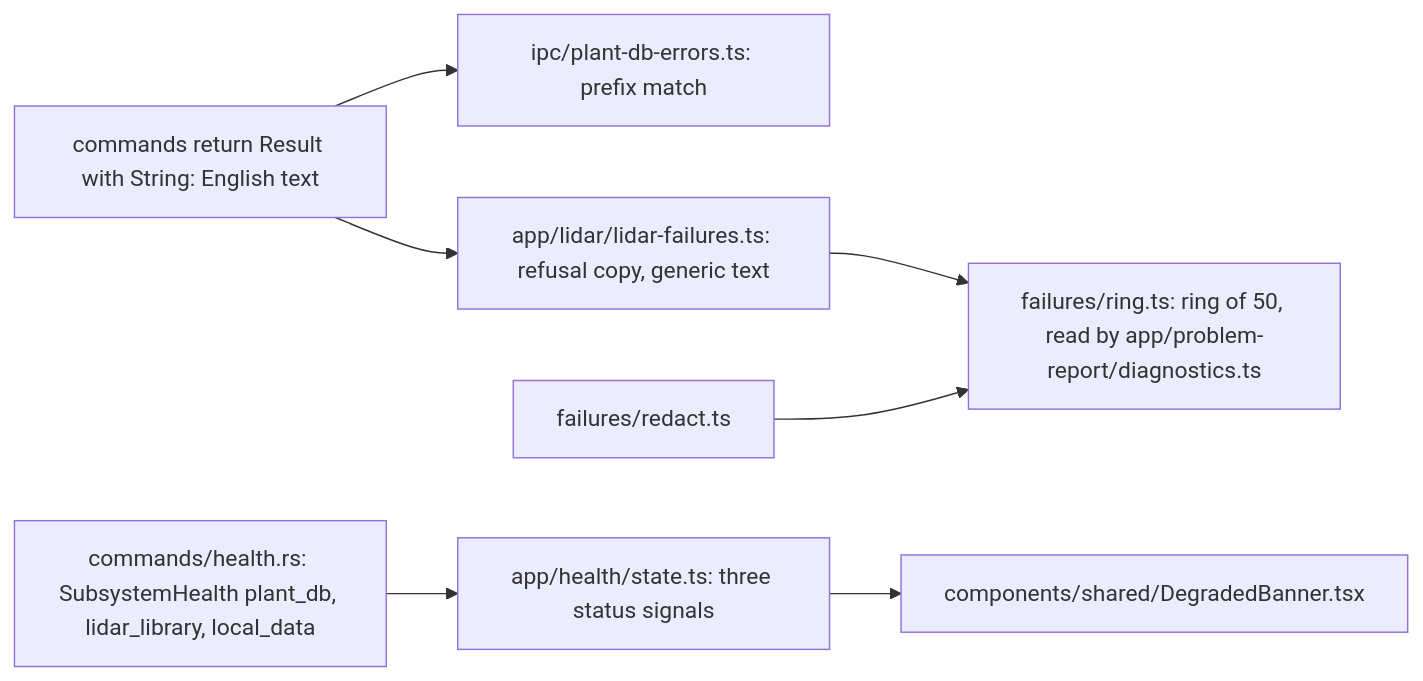
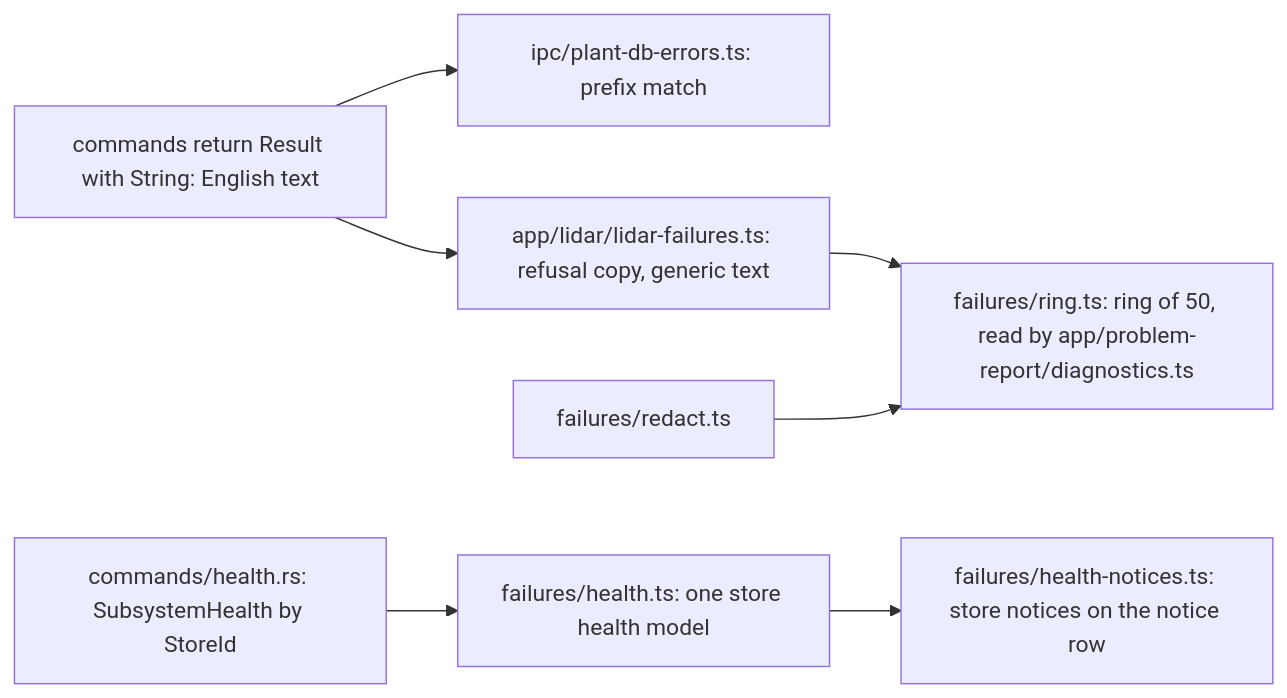
One commit to opencanopi/canopi changed the ninth of 10 diagrams in docs/architecture/data-services.md. Above: the diagram before and after it, drawn with Mermaid. The commit also changed 32 other files, not shown here.

````diff
--- a/docs/architecture/data-services.md
+++ b/docs/architecture/data-services.md
@@ -317,17 +317,17 @@
 ```mermaid
 flowchart LR
   STR[commands return Result with String: English text]
   PDB[ipc/plant-db-errors.ts: prefix match]
   LF[app/lidar/lidar-failures.ts: refusal copy, generic text]
   DIAG[failures/ring.ts: ring of 50, read by app/problem-report/diagnostics.ts]
   RED[failures/redact.ts]
-  HS[commands/health.rs: SubsystemHealth plant_db, lidar_library, local_data]
-  HST[app/health/state.ts: three status signals]
-  BAN[components/shared/DegradedBanner.tsx]
+  HS[commands/health.rs: SubsystemHealth by StoreId]
+  HST[failures/health.ts: one store health model]
+  BAN[failures/health-notices.ts: store notices on the notice row]
   STR --> PDB
   STR --> LF
   LF --> DIAG
   RED --> DIAG
   HS --> HST
   HST --> BAN
 ```
````
